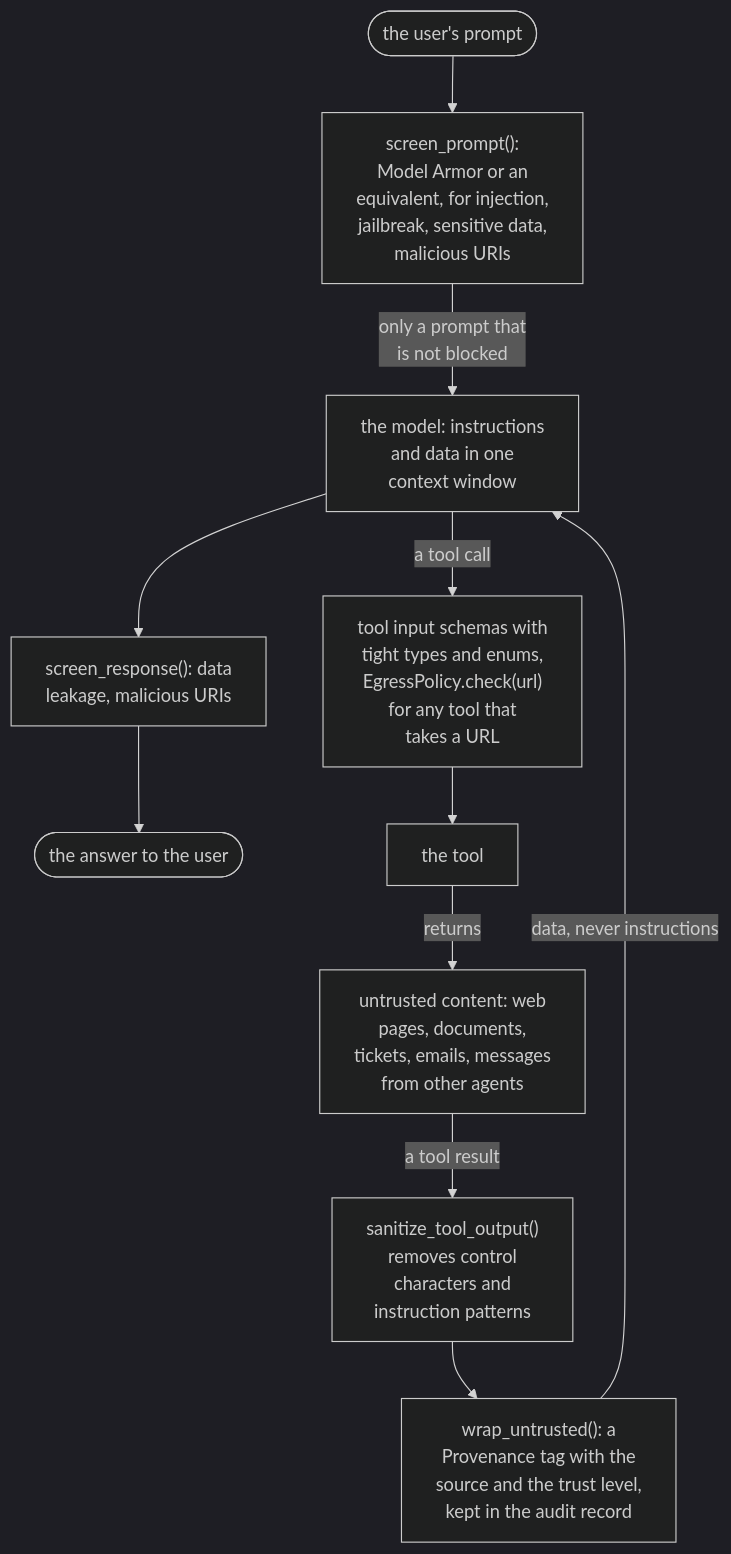
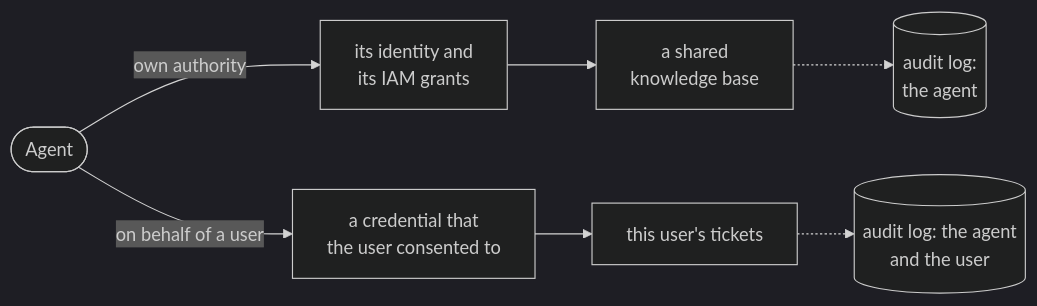
The second of 2 diagrams in 06-gateway/identity-security/agentic-identity-gcp-lab/docs/primer.md (aniryou/full-stack-agentic-engineer), drawn with Mermaid (dark theme) before and after one commit. The commit also changed other lines of this file and 105 other files, not shown here.

````diff
--- a/06-gateway/identity-security/agentic-identity-gcp-lab/docs/primer.md
+++ b/06-gateway/identity-security/agentic-identity-gcp-lab/docs/primer.md
@@ -286,13 +130,9 @@
 ```mermaid
-flowchart TB
-    UP(["the user's prompt"]) --> SP["screen_prompt():<br/>Model Armor or an<br/>equivalent, for injection,<br/>jailbreak, sensitive data,<br/>malicious URIs"]
-    SP -- "only a prompt that<br/>is not blocked" --> MODEL["the model: instructions<br/>and data in one<br/>context window"]
-    MODEL --> SR["screen_response(): data<br/>leakage, malicious URIs"]
-    SR --> OUT(["the answer to the user"])
-    MODEL -- "a tool call" --> ARGS["tool input schemas with<br/>tight types and enums,<br/>EgressPolicy.check(url)<br/>for any tool that<br/>takes a URL"]
-    ARGS --> TOOL["the tool"]
-    TOOL -- "returns" --> EXT["untrusted content: web<br/>pages, documents,<br/>tickets, emails, messages<br/>from other agents"]
-    EXT -- "a tool result" --> SAN["sanitize_tool_output()<br/>removes control<br/>characters and<br/>instruction patterns"]
-    SAN --> WRAP["wrap_untrusted(): a<br/>Provenance tag with the<br/>source and the trust level,<br/>kept in the audit record"]
-    WRAP -- "data, never instructions" --> MODEL
+flowchart LR
+    AG(["Agent"]) -- "own authority" --> OWN["its identity and<br/>its IAM grants"]
+    AG -- "on behalf of a user" --> DEL["a credential that<br/>the user consented to"]
+    OWN --> KB["a shared<br/>knowledge base"]
+    DEL --> TK["this user's tickets"]
+    KB -.-> L1[("audit log:<br/>the agent")]
+    TK -.-> L2[("audit log: the agent<br/>and the user")]
 ```
````
